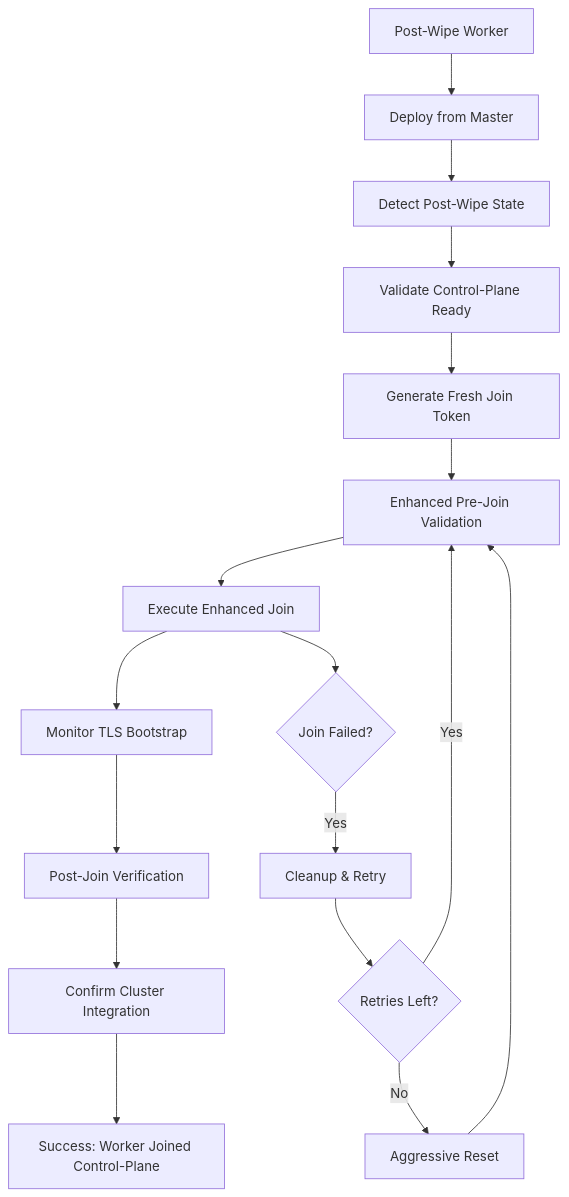
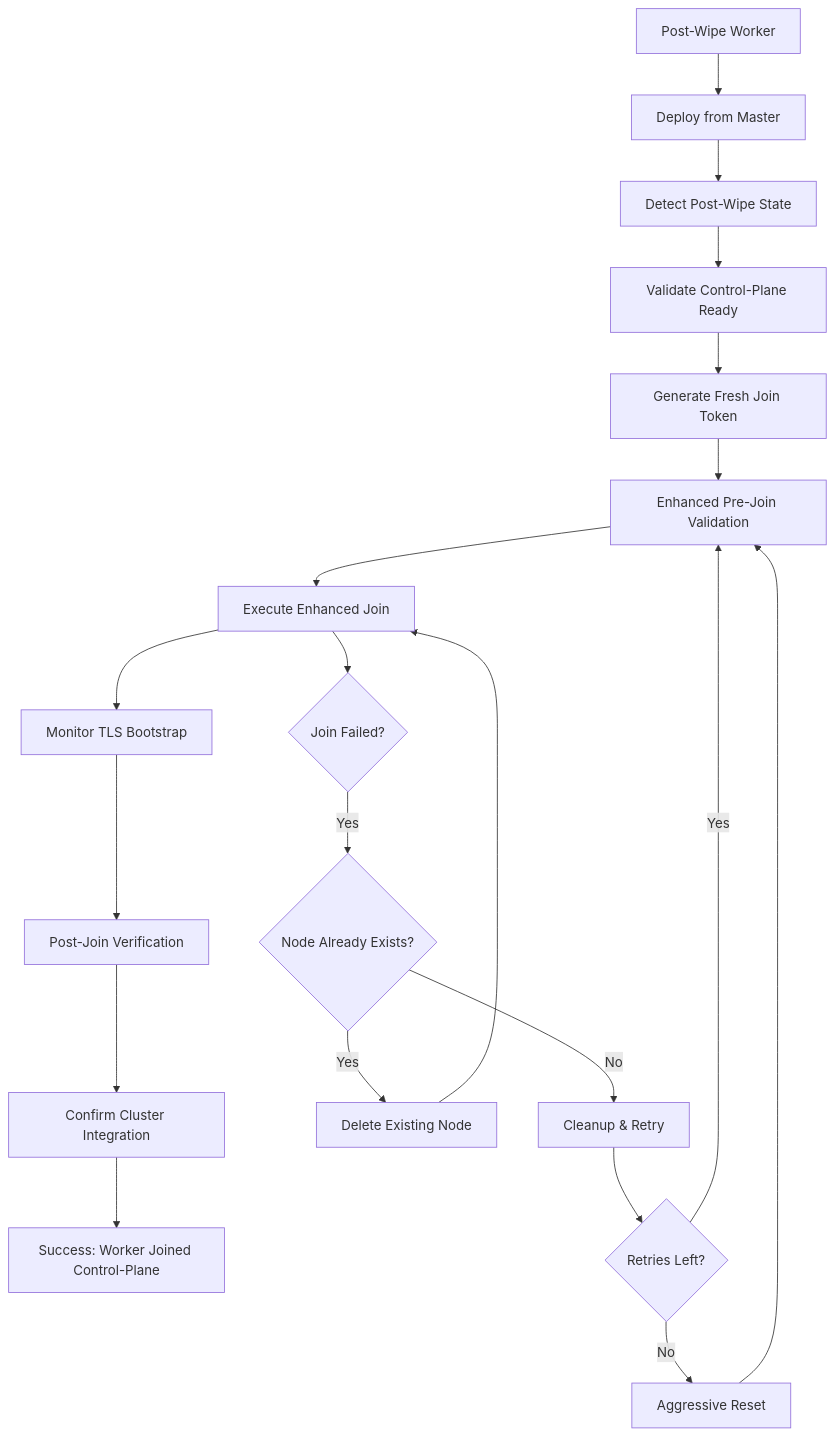
One commit to JashandeepJustinBains/VMStation changed the diagram in docs/POST_WIPE_WORKER_JOIN.md. Above: the diagram before and after it, drawn with Mermaid. The commit also changed other lines of this file and 2 other files, not shown here.

First line of the commit message:
Fix "node already exists in cluster" error by implementing automatic node conflict resolution (#285)

````diff
--- a/docs/POST_WIPE_WORKER_JOIN.md
+++ b/docs/POST_WIPE_WORKER_JOIN.md
@@ -100,20 +116,23 @@
 ```mermaid
 graph TD
     A[Post-Wipe Worker] --> B[Deploy from Master]
     B --> C[Detect Post-Wipe State]
     C --> D[Validate Control-Plane Ready]
     D --> E[Generate Fresh Join Token]
     E --> F[Enhanced Pre-Join Validation]
     F --> G[Execute Enhanced Join]
     G --> H[Monitor TLS Bootstrap]
     H --> I[Post-Join Verification]
     I --> J[Confirm Cluster Integration]
     J --> K[Success: Worker Joined Control-Plane]
     
     G --> L{Join Failed?}
-    L -->|Yes| M[Cleanup & Retry]
-    M --> N{Retries Left?}
-    N -->|Yes| F
-    N -->|No| O[Aggressive Reset]
-    O --> F
+    L -->|Yes| M{Node Already Exists?}
+    M -->|Yes| N[Delete Existing Node]
+    N --> G
+    M -->|No| O[Cleanup & Retry]
+    O --> P{Retries Left?}
+    P -->|Yes| F
+    P -->|No| Q[Aggressive Reset]
+    Q --> F
 ```
````
